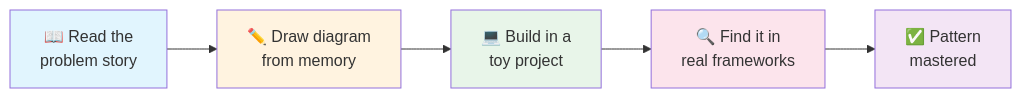
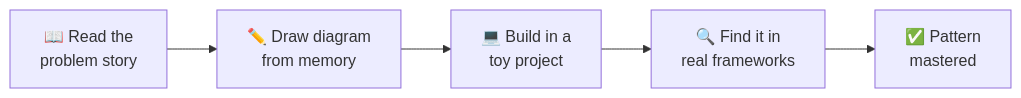
The third of 8 diagrams in docs/design-patterns/learning-paths.md (shivam-g-mishra/blog), drawn with Mermaid before and after one commit. The commit also changed other lines of this file and 23 other files, not shown here.

First line of the commit message:
fix: improve Mermaid diagram visibility in dark mode

````diff
--- a/docs/design-patterns/learning-paths.md
+++ b/docs/design-patterns/learning-paths.md
@@ -120,13 +120,7 @@
 ```mermaid
 flowchart LR
     A["📖 Read the\nproblem story"] --> B["✏️ Draw diagram\nfrom memory"]
     B --> C["💻 Build in a\ntoy project"]
     C --> D["🔍 Find it in\nreal frameworks"]
     D --> E["✅ Pattern\nmastered"]
-    
-    style A fill:#e1f5fe
-    style B fill:#fff3e0
-    style C fill:#e8f5e9
-    style D fill:#fce4ec
-    style E fill:#f3e5f5
 ```
````
